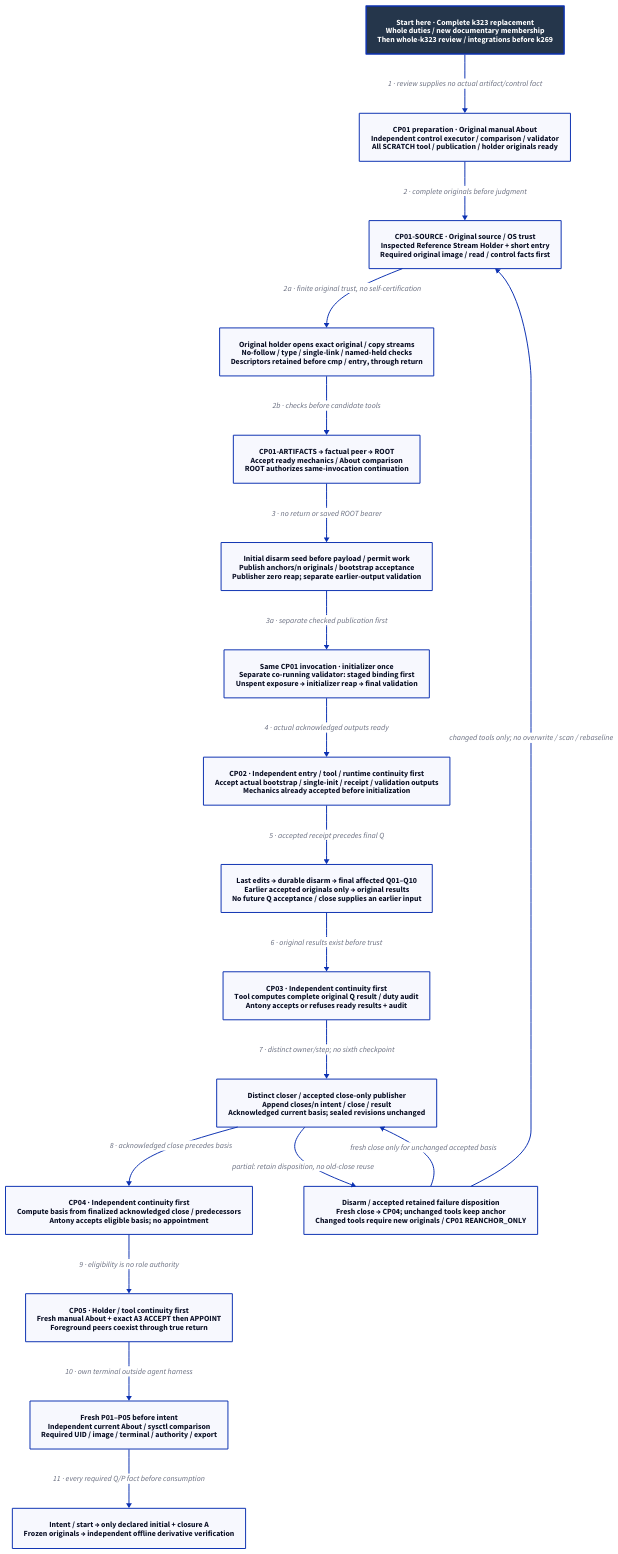
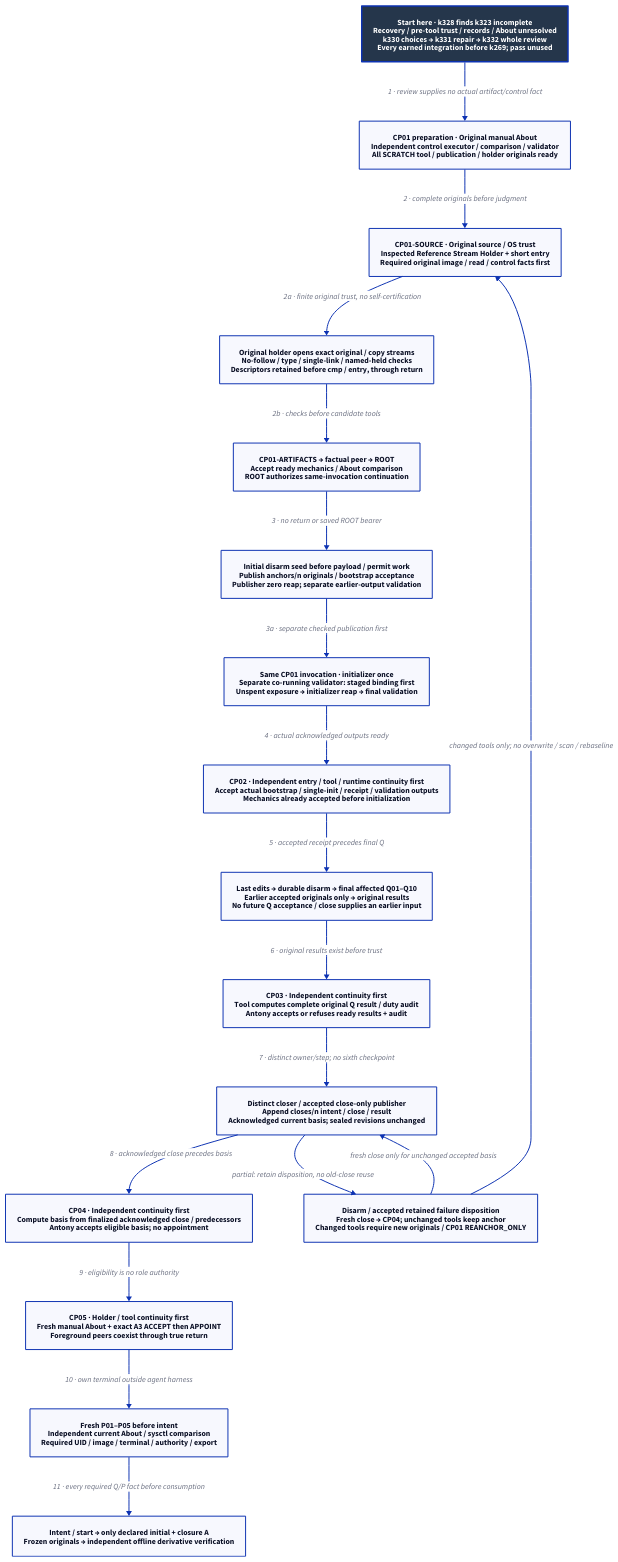
One commit to Linkuistics/Koine changed the diagram in docs/design/architecture/native-reference-proof.d2. Above: the diagram before and after it, drawn with D2. The commit also changed 50 other files, not shown here.

Commit message:
Integrate practical admission review; place recovery decisions and whole replacement before construction (reference-evidence-practical-admission-k329)

```diff
--- a/docs/design/architecture/native-reference-proof.d2
+++ b/docs/design/architecture/native-reference-proof.d2
@@ -1,38 +1,38 @@
-# Complete k323 design; mandatory whole review/integrations precede k269.
+# Reviewed k323 proposal; k330/k331/k332 replacement and integrations precede k269.
 direction: down
 classes: {
   start: {style: {fill: "#25364B"; font-color: "#FFFFFF"; bold: true; stroke-width: 3}}
 }
-Start: "Start here · Complete k323 replacement\nWhole duties / new documentary membership\nThen whole-k323 review / integrations before k269" {class: start}
+Start: "Start here · k328 finds k323 incomplete\nRecovery / pre-tool trust / records / About unresolved\nk330 choices → k331 repair → k332 whole review\nEvery earned integration before k269; pass unused" {class: start}
 Prepare: "CP01 preparation · Original manual About\nIndependent control executor / comparison / validator\nAll SCRATCH tool / publication / holder originals ready"
 Source: "CP01-SOURCE · Original source / OS trust\nInspected Reference Stream Holder + short entry\nRequired original image / read / control facts first"
 Holder: "Original holder opens exact original / copy streams\nNo-follow / type / single-link / named-held checks\nDescriptors retained before cmp / entry, through return"
 CP01: "CP01-ARTIFACTS → factual peer → ROOT\nAccept ready mechanics / About comparison\nROOT authorizes same-invocation continuation"
 Bootstrap: "Initial disarm seed before payload / permit work\nPublish anchors/n originals / bootstrap acceptance\nPublisher zero reap; separate earlier-output validation"
 Initialize: "Same CP01 invocation · initializer once\nSeparate co-running validator: staged binding first\nUnspent exposure → initializer reap → final validation"
 CP02: "CP02 · Independent entry / tool / runtime continuity first\nAccept actual bootstrap / single-init / receipt / validation outputs\nMechanics already accepted before initialization"
 Q: "Last edits → durable disarm → final affected Q01–Q10\nEarlier accepted originals only → original results\nNo future Q acceptance / close supplies an earlier input"
 CP03: "CP03 · Independent continuity first\nTool computes complete original Q result / duty audit\nAntony accepts or refuses ready results + audit"
 Close: "Distinct closer / accepted close-only publisher\nAppend closes/n intent / close / result\nAcknowledged current basis; sealed revisions unchanged"
 CP04: "CP04 · Independent continuity first\nCompute basis from finalized acknowledged close / predecessors\nAntony accepts eligible basis; no appointment"
 CP05: "CP05 · Holder / tool continuity first\nFresh manual About + exact A3 ACCEPT then APPOINT\nForeground peers coexist through true return"
 P: "Fresh P01–P05 before intent\nIndependent current About / sysctl comparison\nRequired UID / image / terminal / authority / export"
 A: "Intent / start → only declared initial + closure A\nFrozen originals → independent offline derivative verification"
 Start -> Prepare: "1 · review supplies no actual artifact/control fact"
 Prepare -> Source: "2 · complete originals before judgment"
 Source -> Holder: "2a · finite original trust, no self-certification"
 Holder -> CP01: "2b · checks before candidate tools"
 CP01 -> Bootstrap: "3 · no return or saved ROOT bearer"
 Bootstrap -> Initialize: "3a · separate checked publication first"
 Initialize -> CP02: "4 · actual acknowledged outputs ready"
 CP02 -> Q: "5 · accepted receipt precedes final Q"
 Q -> CP03: "6 · original results exist before trust"
 CP03 -> Close: "7 · distinct owner/step; no sixth checkpoint"
 Close -> CP04: "8 · acknowledged close precedes basis"
 CP04 -> CP05: "9 · eligibility is no role authority"
 CP05 -> P: "10 · own terminal outside agent harness"
 P -> A: "11 · every required Q/P fact before consumption"
 Correction: "Disarm / accepted retained failure disposition\nFresh close → CP04; unchanged tools keep anchor\nChanged tools require new originals / CP01 REANCHOR_ONLY"
 Close -> Correction: "partial: retain disposition, no old-close reuse"
 Correction -> Close: "fresh close only for unchanged accepted basis"
 Correction -> Source: "changed tools only; no overwrite / scan / rebaseline"
```
